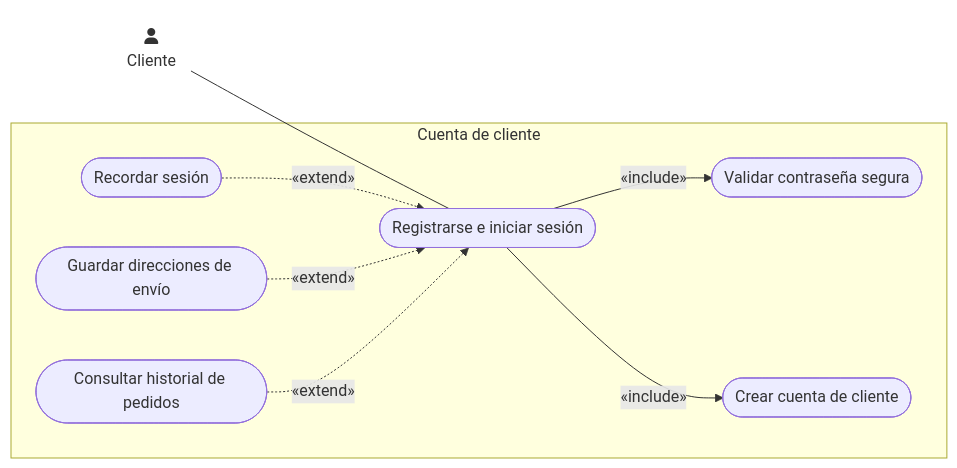
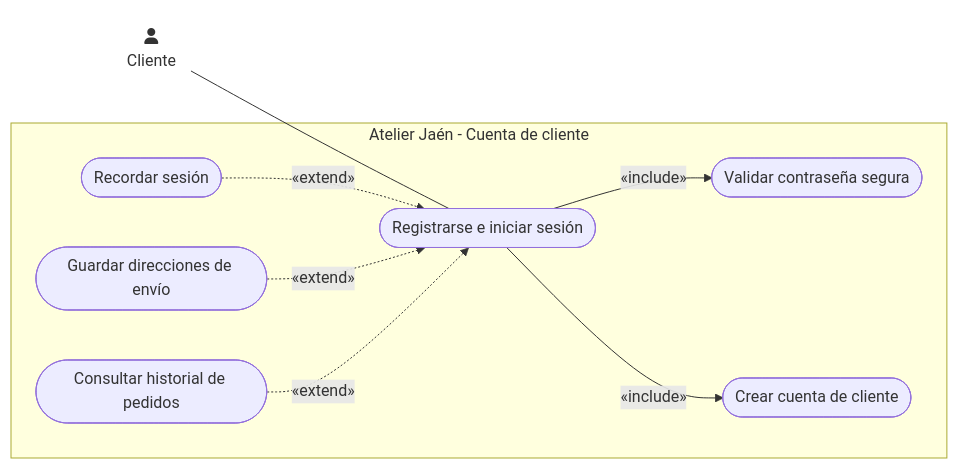
The diagram in Practica3_G11_LaTeX/codigo/cu_us08.mmd (ajgarciarias10/PR3GPS), drawn with Mermaid before and after one commit. The commit also changed 42 other files, not shown here.

```diff
--- a/Practica3_G11_LaTeX/codigo/cu_us08.mmd
+++ b/Practica3_G11_LaTeX/codigo/cu_us08.mmd
@@ -1,17 +1,22 @@
 flowchart LR
-    subgraph SB8 ["Cuenta de cliente"]
+    Cliente("fa:fa-user<br>Cliente")
+
+    subgraph SB8 ["Atelier Jaén - Cuenta de cliente"]
         RegistrarAcceder([Registrarse e iniciar sesión])
         ValidarPassword([Validar contraseña segura])
         CrearCuenta([Crear cuenta de cliente])
         RecordarSesion([Recordar sesión])
         GuardarDirecciones([Guardar direcciones de envío])
         ConsultarHistorial([Consultar historial de pedidos])
     end
-    Cliente("fa:fa-user<br>Cliente") --- RegistrarAcceder
+
+    Cliente --- RegistrarAcceder
+
     RegistrarAcceder -->|«include»| ValidarPassword
     RegistrarAcceder -->|«include»| CrearCuenta
     RecordarSesion -.->|«extend»| RegistrarAcceder
     GuardarDirecciones -.->|«extend»| RegistrarAcceder
     ConsultarHistorial -.->|«extend»| RegistrarAcceder
+
     classDef actor fill:none,stroke:none;
     class Cliente actor;
```
